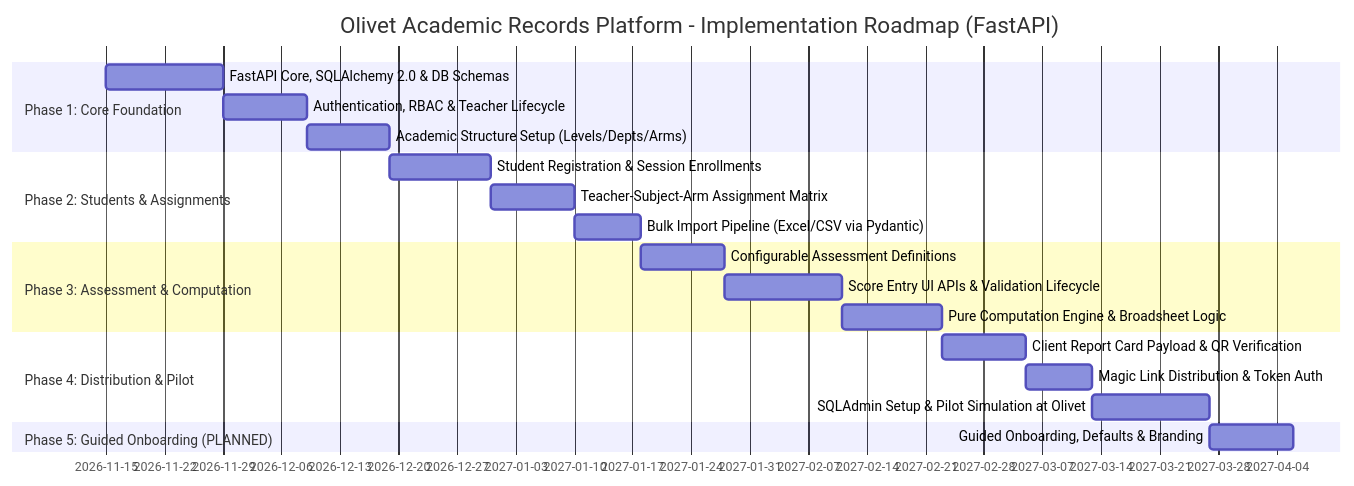
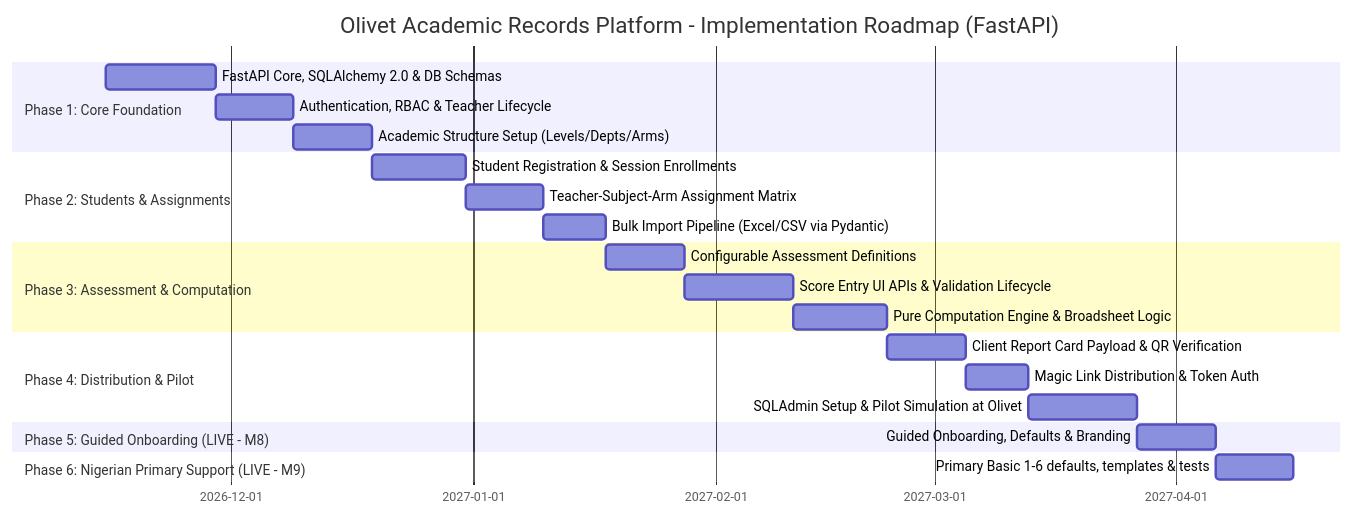
Before and after one commit to Dev-Eyitayo/Student-Portal: diagram 13 of 13 in ARCHITECTURE.md, drawn with Mermaid. The commit also changed other lines of this file and 18 other files, not shown here.

Commit message:
feat: add M9 Nigerian primary school (Basic 1-6) support

````diff
--- a/ARCHITECTURE.md
+++ b/ARCHITECTURE.md
@@ -2050,23 +2125,25 @@
 ```mermaid
 gantt
     title Olivet Academic Records Platform - Implementation Roadmap (FastAPI)
     dateFormat  YYYY-MM-DD
     section Phase 1: Core Foundation
     FastAPI Core, SQLAlchemy 2.0 & DB Schemas   :p1_1, 2026-11-15, 14d
     Authentication, RBAC & Teacher Lifecycle     :p1_2, after p1_1, 10d
     Academic Structure Setup (Levels/Depts/Arms) :p1_3, after p1_2, 10d
     section Phase 2: Students & Assignments
     Student Registration & Session Enrollments   :p2_1, after p1_3, 12d
     Teacher-Subject-Arm Assignment Matrix        :p2_2, after p2_1, 10d
     Bulk Import Pipeline (Excel/CSV via Pydantic):p2_3, after p2_2, 8d
     section Phase 3: Assessment & Computation
     Configurable Assessment Definitions          :p3_1, after p2_3, 10d
     Score Entry UI APIs & Validation Lifecycle   :p3_2, after p3_1, 14d
     Pure Computation Engine & Broadsheet Logic   :p3_3, after p3_2, 12d
     section Phase 4: Distribution & Pilot
     Client Report Card Payload & QR Verification :p4_1, after p3_3, 10d
     Magic Link Distribution & Token Auth         :p4_2, after p4_1, 8d
     SQLAdmin Setup & Pilot Simulation at Olivet  :p4_3, after p4_2, 14d
-    section Phase 5: Guided Onboarding (PLANNED)
+    section Phase 5: Guided Onboarding (LIVE - M8)
     Guided Onboarding, Defaults & Branding       :p5_1, after p4_3, 10d
+    section Phase 6: Nigerian Primary Support (LIVE - M9)
+    Primary Basic 1-6 defaults, templates & tests:p6_1, after p5_1, 10d
 ```
````
